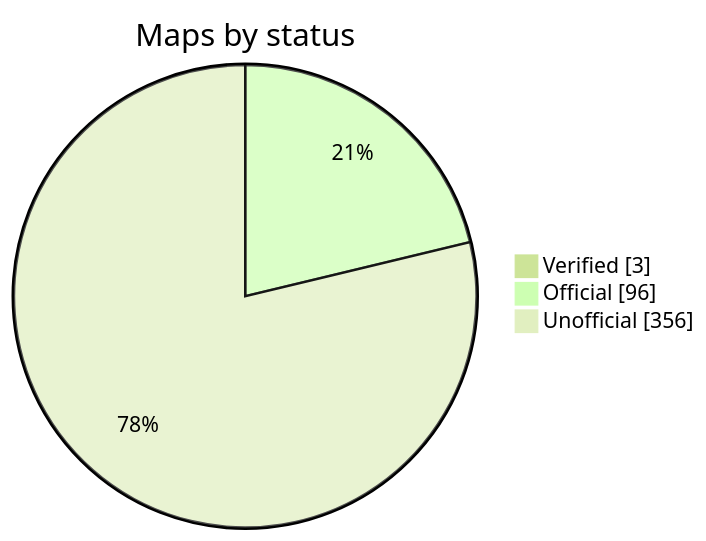
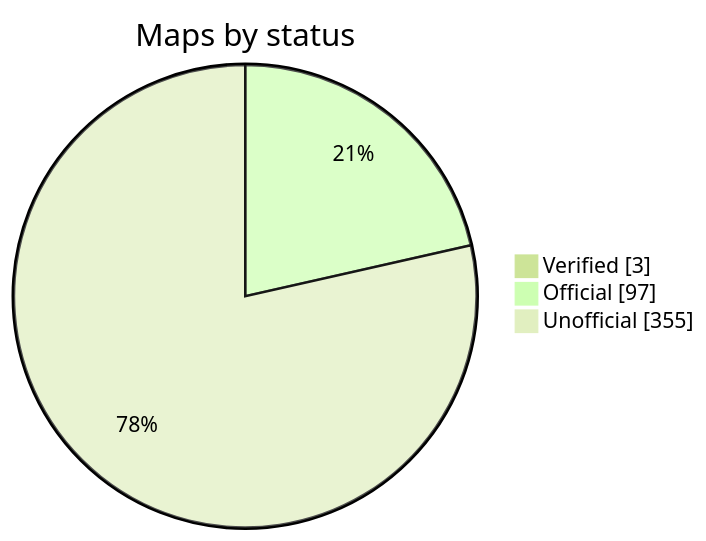
One commit to nobrega8/mbmap-library changed the diagram in README.md. Above: the diagram before and after it, drawn with Mermaid (forest theme). The commit also changed 2 other files, not shown here.

Commit message:
Rewrite the Algodue UPM309 map from the user manual
From the Modbus communication protocol part of Algodue's UPM309 user
manual (Ed2111): every reading of section 4.1 as its IEEE float copy
(real time, demand, max/min, energy counters, harmonics 0-15),
instrument information with the firmware and serial number roles, the
model enum and error bits, and the general setup with its enums and
limits. Marked official.

````diff
--- a/README.md
+++ b/README.md
@@ -48,7 +48,7 @@
 ```mermaid
 pie showData
     title Maps by status
     "Verified" : 3
-    "Official" : 96
-    "Unofficial" : 356
+    "Official" : 97
+    "Unofficial" : 355
 ```
````
